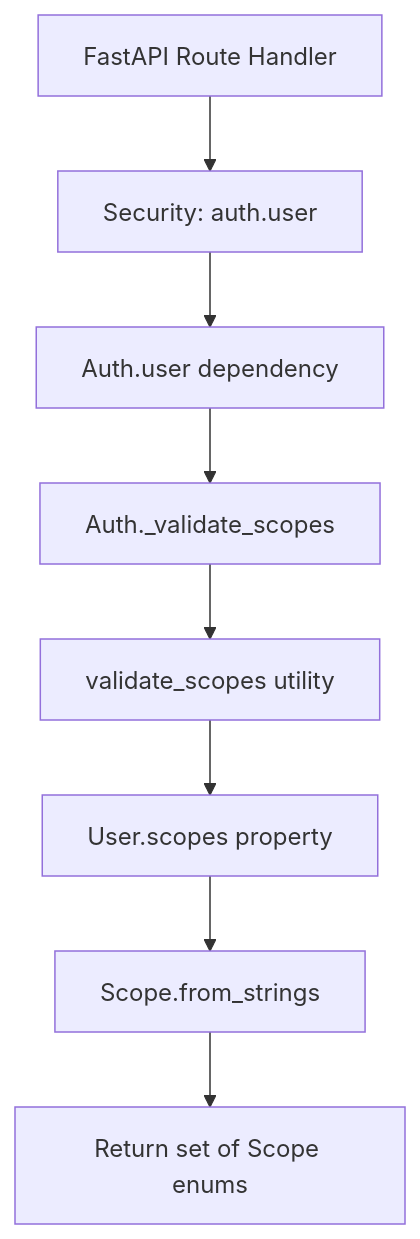
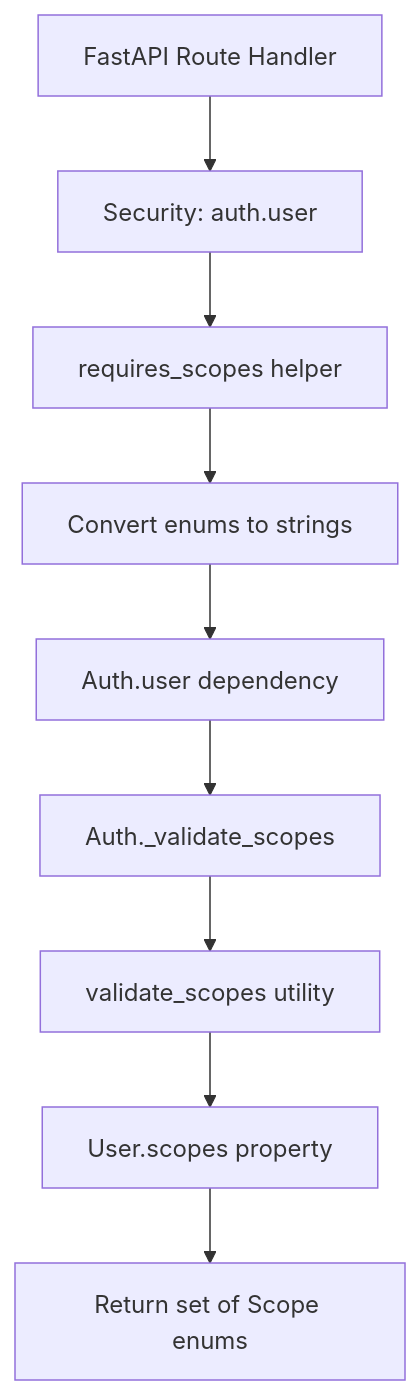
One commit to mplemay/belgie changed the first of 4 diagrams in design/002-user-scopes-strenum.md. Above: the diagram before and after it, drawn with Mermaid. The commit also changed other lines of this file, not shown here.

Commit message:
docs: revise design to support user-defined scope enums with array storage

````diff
--- a/design/002-user-scopes-strenum.md
+++ b/design/002-user-scopes-strenum.md
@@ -69,10 +106,11 @@
 ```mermaid
 graph TD
     A[FastAPI Route Handler] --> B[Security: auth.user]
-    B --> C[Auth.user dependency]
-    C --> D[Auth._validate_scopes]
-    D --> E[validate_scopes utility]
-    E --> F[User.scopes property]
-    F --> G[Scope.from_strings]
-    G --> H[Return set of Scope enums]
+    B --> C[requires_scopes helper]
+    C --> D[Convert enums to strings]
+    D --> E[Auth.user dependency]
+    E --> F[Auth._validate_scopes]
+    F --> G[validate_scopes utility]
+    G --> H[User.scopes property]
+    H --> I[Return set of Scope enums]
 ```
````
